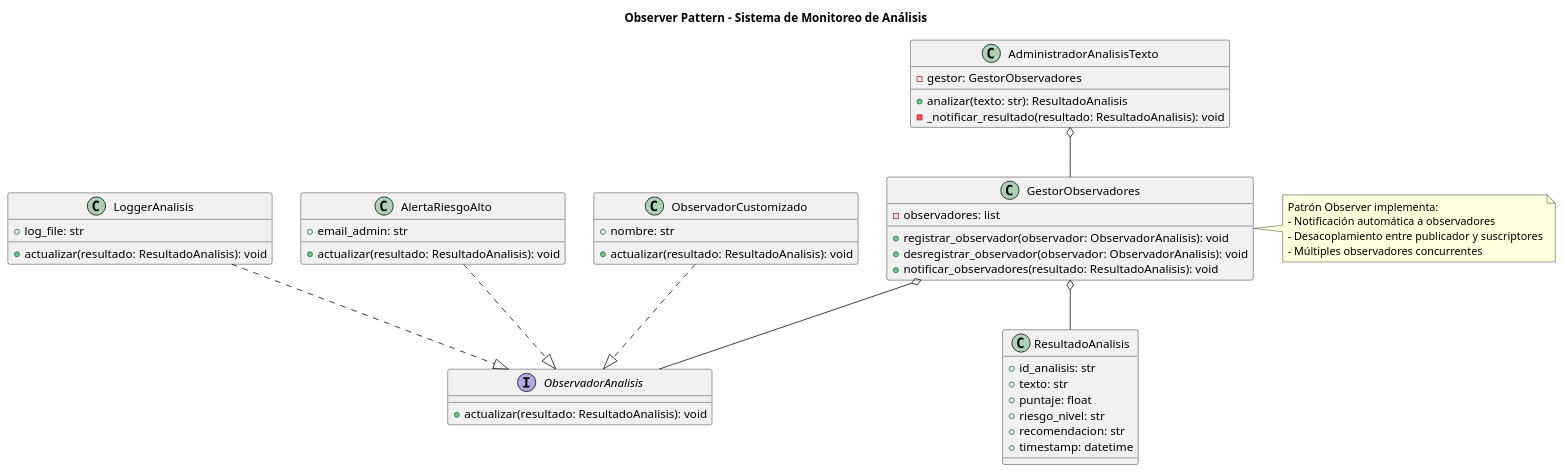
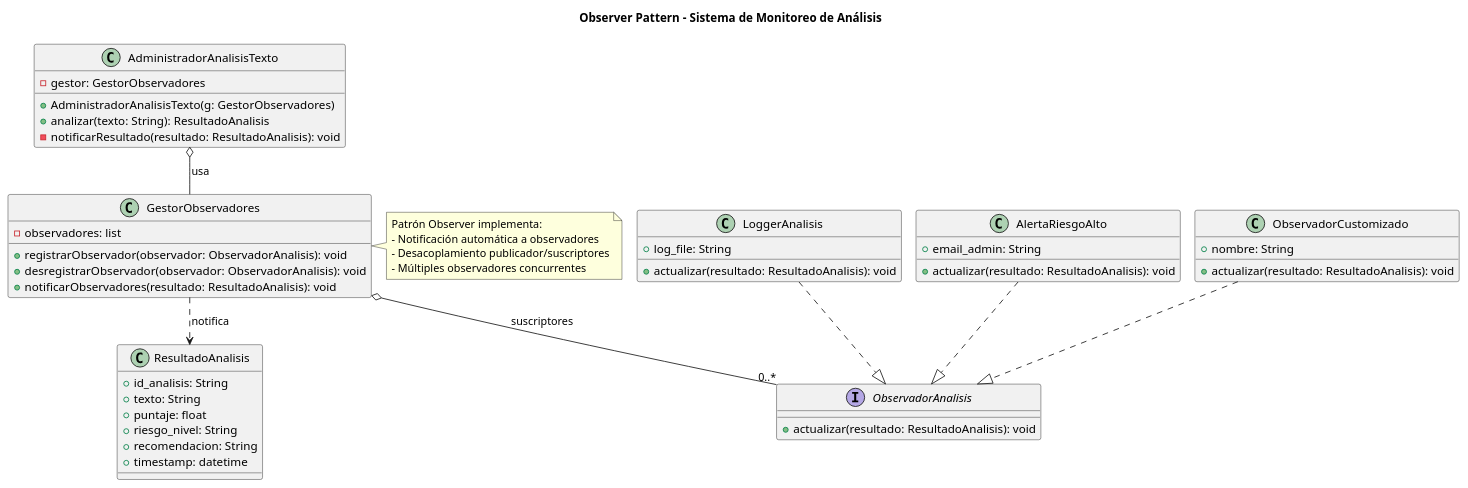
The diagram in Diagramas UML/Observer/Observer.puml (AlejandroToscan0/SadApp), drawn with PlantUML before and after one commit. The commit also changed 9 other files, not shown here.

```diff
--- a/Diagramas UML/Observer/Observer.puml
+++ b/Diagramas UML/Observer/Observer.puml
@@ -1,59 +1,70 @@
 @startuml Observer_Pattern
 title Observer Pattern - Sistema de Monitoreo de Análisis
 
+' Render sin Graphviz (evita error del dot)
+!pragma layout smetana
+
 interface ObservadorAnalisis {
-    +actualizar(resultado: ResultadoAnalisis): void
+  +actualizar(resultado: ResultadoAnalisis): void
 }
 
 class GestorObservadores {
-    -observadores: list
-    +registrar_observador(observador: ObservadorAnalisis): void
-    +desregistrar_observador(observador: ObservadorAnalisis): void
-    +notificar_observadores(resultado: ResultadoAnalisis): void
+  -observadores: list
+  +registrarObservador(observador: ObservadorAnalisis): void
+  +desregistrarObservador(observador: ObservadorAnalisis): void
+  +notificarObservadores(resultado: ResultadoAnalisis): void
 }
 
 class ResultadoAnalisis {
-    +id_analisis: str
-    +texto: str
-    +puntaje: float
-    +riesgo_nivel: str
-    +recomendacion: str
-    +timestamp: datetime
+  +id_analisis: String
+  +texto: String
+  +puntaje: float
+  +riesgo_nivel: String
+  +recomendacion: String
+  +timestamp: datetime
 }
 
 class LoggerAnalisis {
-    +log_file: str
-    +actualizar(resultado: ResultadoAnalisis): void
+  +log_file: String
+  +actualizar(resultado: ResultadoAnalisis): void
 }
 
 class AlertaRiesgoAlto {
-    +email_admin: str
-    +actualizar(resultado: ResultadoAnalisis): void
+  +email_admin: String
+  +actualizar(resultado: ResultadoAnalisis): void
 }
 
 class ObservadorCustomizado {
-    +nombre: str
-    +actualizar(resultado: ResultadoAnalisis): void
+  +nombre: String
+  +actualizar(resultado: ResultadoAnalisis): void
 }
 
 class AdministradorAnalisisTexto {
-    -gestor: GestorObservadores
-    +analizar(texto: str): ResultadoAnalisis
-    -_notificar_resultado(resultado: ResultadoAnalisis): void
+  -gestor: GestorObservadores
+  +AdministradorAnalisisTexto(g: GestorObservadores)
+  +analizar(texto: String): ResultadoAnalisis
+  -notificarResultado(resultado: ResultadoAnalisis): void
 }
 
-GestorObservadores o-- ObservadorAnalisis
+' Observers implementan la interfaz
 LoggerAnalisis ..|> ObservadorAnalisis
 AlertaRiesgoAlto ..|> ObservadorAnalisis
 ObservadorCustomizado ..|> ObservadorAnalisis
-AdministradorAnalisisTexto o-- GestorObservadores
-GestorObservadores o-- ResultadoAnalisis
+
+' Gestor mantiene (agrega) observadores
+GestorObservadores o-- "0..*" ObservadorAnalisis : suscriptores
+
+' Administrador usa el gestor para notificar
+AdministradorAnalisisTexto o-- GestorObservadores : usa
+
+' Resultado se usa como dato (dependencia)
+GestorObservadores ..> ResultadoAnalisis : notifica
 
 note right of GestorObservadores
-    Patrón Observer implementa:
-    - Notificación automática a observadores
-    - Desacoplamiento entre publicador y suscriptores
-    - Múltiples observadores concurrentes
+Patrón Observer implementa:
+- Notificación automática a observadores
+- Desacoplamiento publicador/suscriptores
+- Múltiples observadores concurrentes
 end note
 
 @enduml
```
